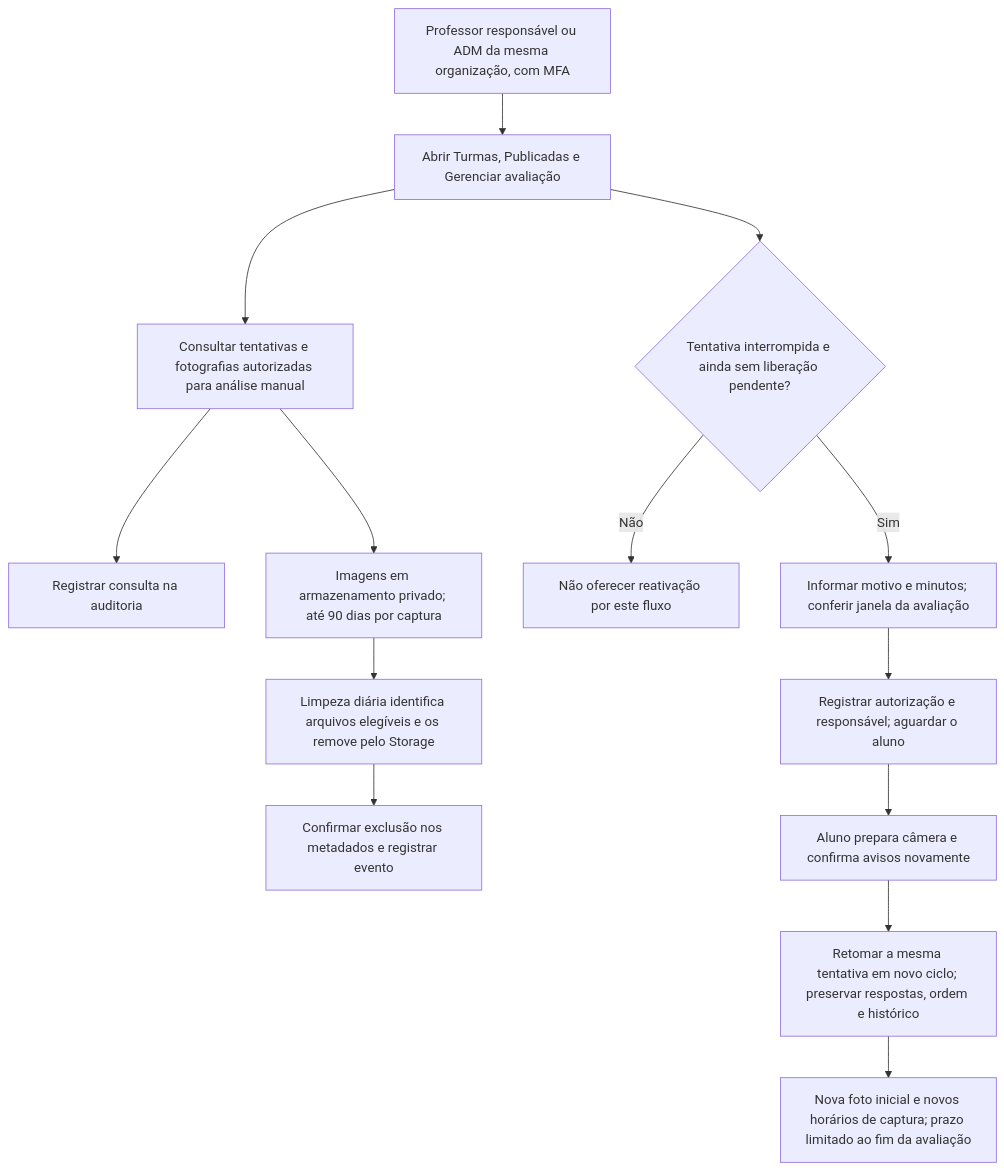
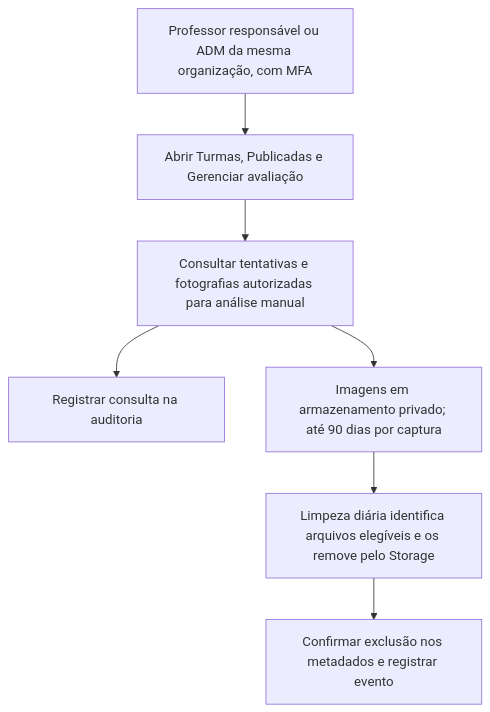
Before and after one commit to ModusMartinez/ExamenTech-PFC2026: the third of 3 diagrams in docs/fluxo-prova-monitorada.md, drawn with Mermaid. The commit also changed other lines of this file and 67 other files, not shown here.

````diff
--- a/docs/fluxo-prova-monitorada.md
+++ b/docs/fluxo-prova-monitorada.md
@@ -65,16 +65,9 @@
 ```mermaid
 flowchart TD
     A["Professor responsável ou ADM da mesma organização, com MFA"] --> B["Abrir Turmas, Publicadas e Gerenciar avaliação"]
     B --> C["Consultar tentativas e fotografias autorizadas para análise manual"]
     C --> D["Registrar consulta na auditoria"]
-    B --> E{"Tentativa interrompida e ainda sem liberação pendente?"}
-    E -->|Não| F["Não oferecer reativação por este fluxo"]
-    E -->|Sim| G["Informar motivo e minutos; conferir janela da avaliação"]
-    G --> H["Registrar autorização e responsável; aguardar o aluno"]
-    H --> I["Aluno prepara câmera e confirma avisos novamente"]
-    I --> J["Retomar a mesma tentativa em novo ciclo; preservar respostas, ordem e histórico"]
-    J --> K["Nova foto inicial e novos horários de captura; prazo limitado ao fim da avaliação"]
     C --> L["Imagens em armazenamento privado; até 90 dias por captura"]
     L --> M["Limpeza diária identifica arquivos elegíveis e os remove pelo Storage"]
     M --> N["Confirmar exclusão nos metadados e registrar evento"]
 ```
````
